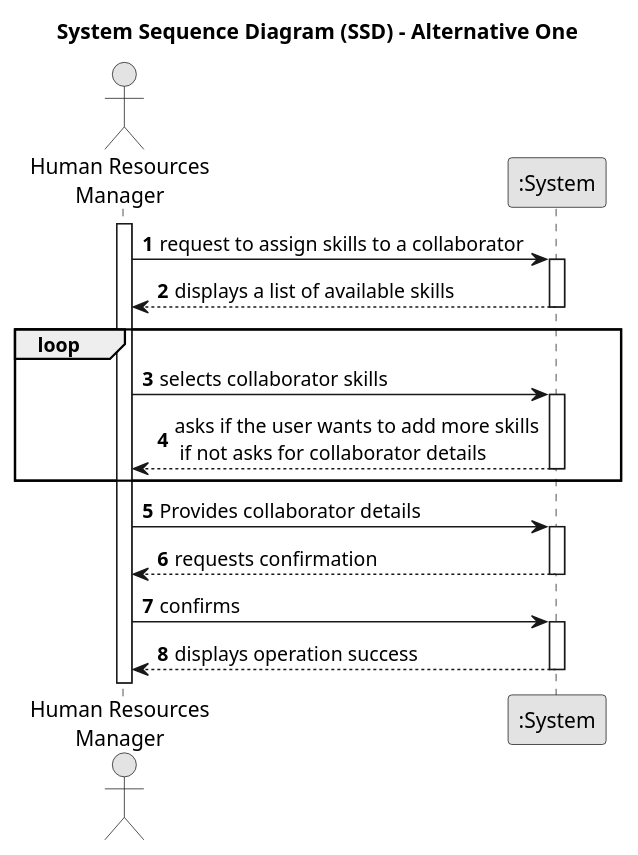
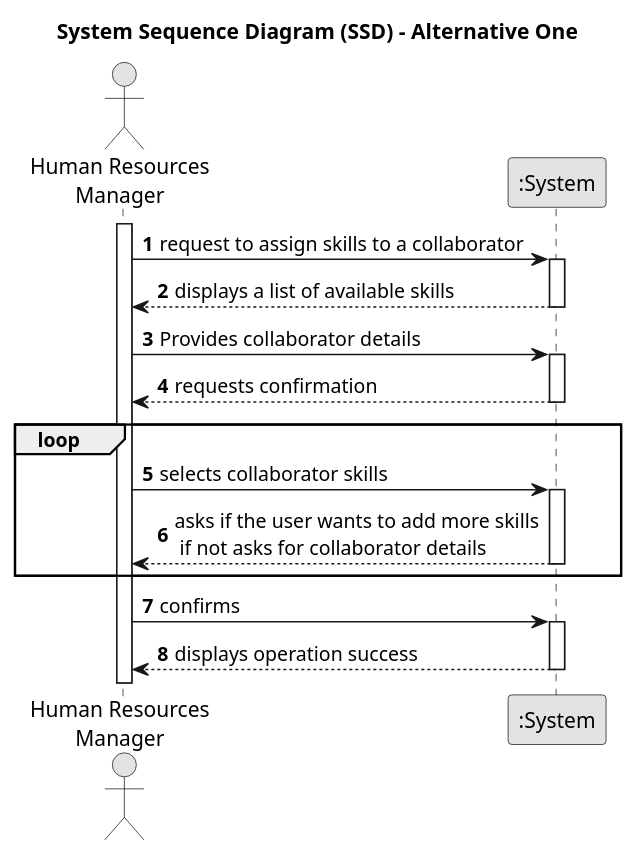
Before and after one commit to diogoveirospro/lei-24-s2-1dg-g072: the diagram in docs/sprintC/us004/01.requirements-engineering/puml/us004-system-sequence-diagram-alternative-one.puml, drawn with PlantUML. The commit also changed other lines of this file, not shown here.

```diff
--- a/docs/sprintC/us004/01.requirements-engineering/puml/us004-system-sequence-diagram-alternative-one.puml
+++ b/docs/sprintC/us004/01.requirements-engineering/puml/us004-system-sequence-diagram-alternative-one.puml
@@ -1,39 +1,39 @@
 @startuml
 skinparam monochrome true
 skinparam packageStyle rectangle
 skinparam shadowing false
 
 title System Sequence Diagram (SSD) - Alternative One
 
 autonumber
 
 actor "Human Resources\nManager" as HRM
 participant ":System" as System
 
 activate HRM
 
     HRM -> System : request to assign skills to a collaborator
     activate System
 
         System --> HRM : displays a list of available skills
     deactivate System
+
+    HRM -> System : Provides collaborator details
+    activate System
+
+        System --> HRM : requests confirmation
+    deactivate System
 loop
     HRM -> System : selects collaborator skills
     activate System
 
             System --> HRM: asks if the user wants to add more skills\n if not asks for collaborator details
     deactivate System
 end
-    HRM -> System : Provides collaborator details
-    activate System
-
-        System --> HRM : requests confirmation
-    deactivate System
-
     HRM -> System : confirms
     activate System
 
         System --> HRM : displays operation success
     deactivate System
 
 @enduml
```
